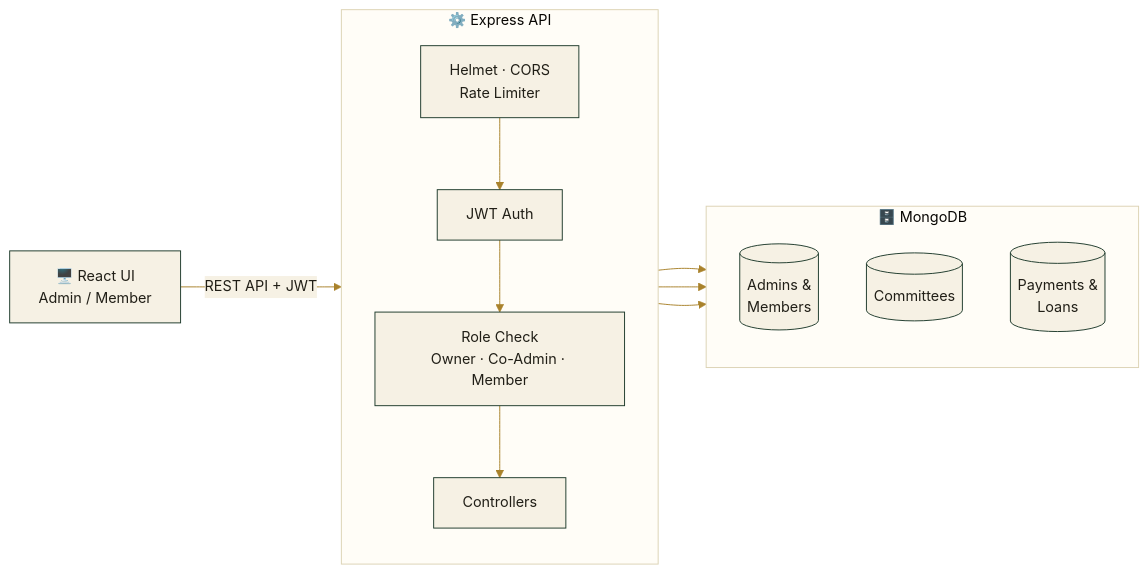
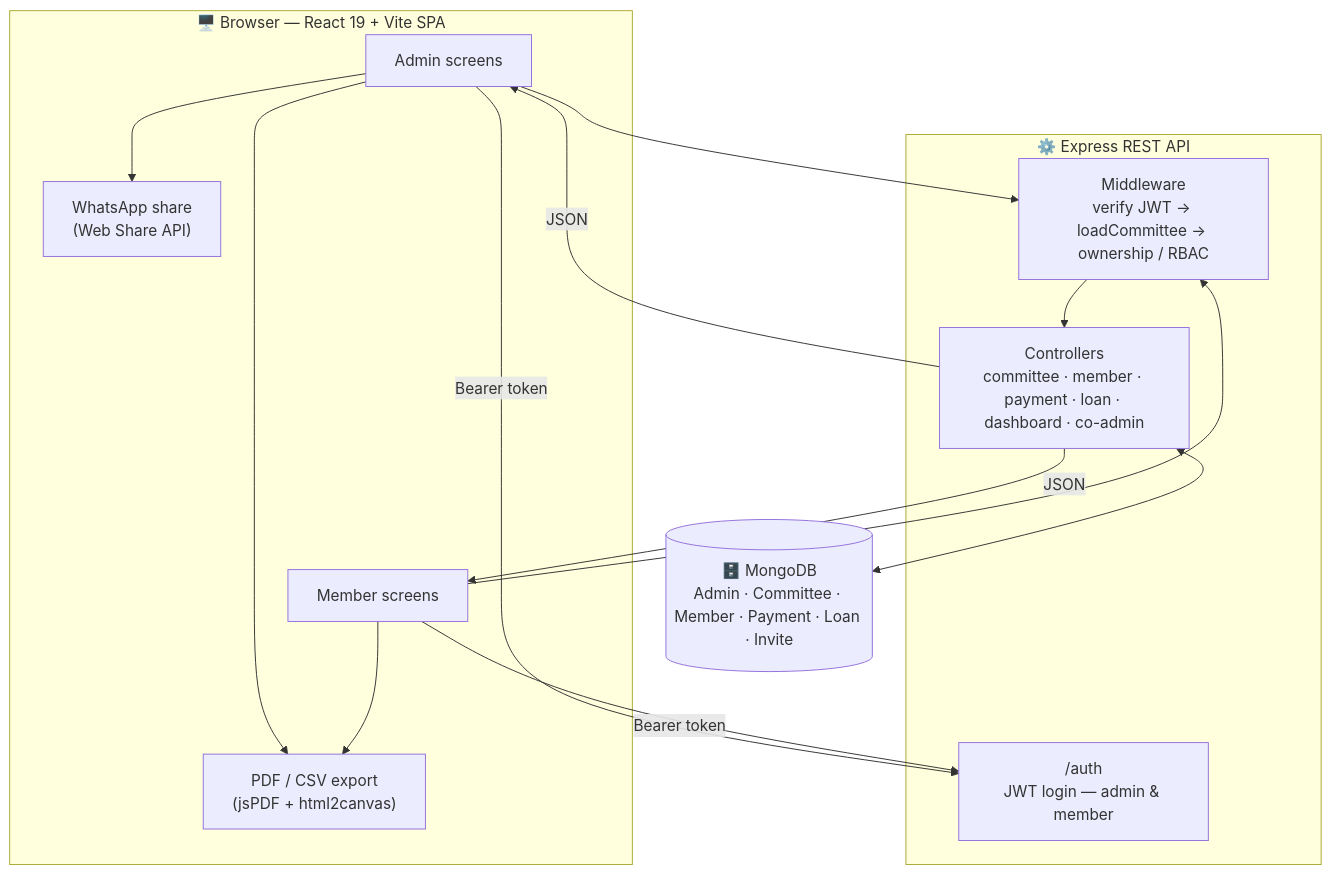
One commit to shakibuddin677-shakib/committee-mgmt changed the diagram in README.md. Above: the diagram before and after it, drawn with Mermaid. The commit also changed other lines of this file, not shown here.

````diff
--- a/README.md
+++ b/README.md
@@ -66,35 +43,29 @@
 ```mermaid
-%%{init: {'theme':'base', 'themeVariables': {
-  'primaryColor': '#F6F1E4',
-  'primaryBorderColor': '#1F3B2C',
-  'primaryTextColor': '#211F17',
-  'lineColor': '#A9822B',
-  'clusterBkg': '#FFFDF7',
-  'clusterBorder': '#DCD3B4',
-  'fontSize': '15px',
-  'edgeLabelBackground': '#F6F1E4'
-}}}%%
-flowchart LR
-    UI["🖥️ React UI<br/>Admin / Member"]
-
-    subgraph API["⚙️ Express API"]
-        direction TB
-        SEC["Helmet · CORS<br/>Rate Limiter"]
-        AUTH["JWT Auth"]
-        RBAC["Role Check<br/>Owner · Co-Admin · Member"]
-        CTRL["Controllers"]
-        SEC --> AUTH --> RBAC --> CTRL
+flowchart TB
+    subgraph Client["🖥️ Browser — React 19 + Vite SPA"]
+        A["Admin screens"]
+        Mem["Member screens"]
+        PDF["PDF / CSV export<br/>(jsPDF + html2canvas)"]
+        WA["WhatsApp share<br/>(Web Share API)"]
     end
 
-    subgraph DB["🗄️ MongoDB"]
-        direction TB
-        M1[("Admins &<br/>Members")]
-        M2[("Committees")]
-        M3[("Payments &<br/>Loans")]
+    subgraph API["⚙️ Express REST API"]
+        Auth["/auth<br/>JWT login — admin & member"]
+        MW["Middleware<br/>verify JWT → loadCommittee → ownership / RBAC"]
+        Ctrl["Controllers<br/>committee · member · payment · loan · dashboard · co-admin"]
     end
 
-    UI -->|"REST API + JWT"| SEC
-    CTRL --> M1
-    CTRL --> M2
-    CTRL --> M3
+    DB[("🗄️ MongoDB<br/>Admin · Committee · Member · Payment · Loan · Invite")]
+
+    A -- "Bearer token" --> Auth
+    Mem -- "Bearer token" --> Auth
+    A --> MW
+    Mem --> MW
+    MW --> Ctrl
+    Ctrl <--> DB
+    Ctrl -- "JSON" --> A
+    Ctrl -- "JSON" --> Mem
+    A --> PDF
+    A --> WA
+    Mem --> PDF
 ```
````
